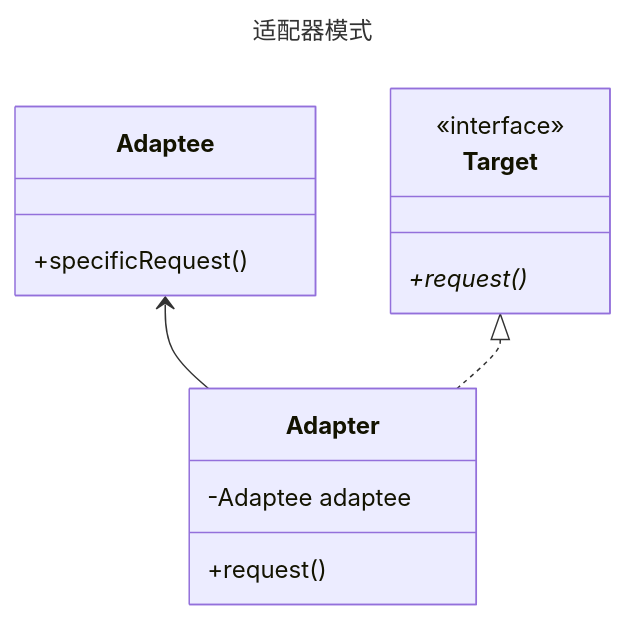
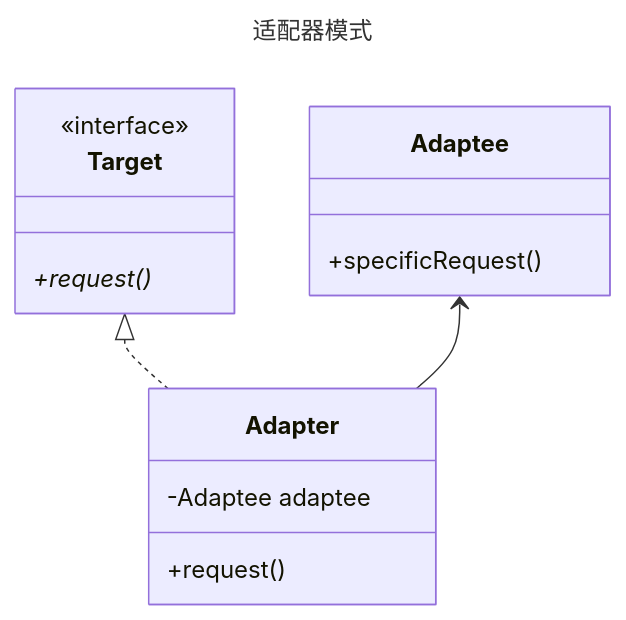
One commit to fengyun89/typescript-design-patterns changed the diagram in adapter/README.md. Above: the diagram before and after it, drawn with Mermaid. The commit also changed other lines of this file and 5 other files, not shown here.

````diff
--- a/adapter/README.md
+++ b/adapter/README.md
@@ -1,19 +1,19 @@
 ```mermaid
 ---
 title: 适配器模式
 ---
 classDiagram
     class Target {
         <<interface>>
         +request()*
     }
     class Adaptee {
         +specificRequest()
     }
     class Adapter {
         -Adaptee adaptee
         +request()
     }
+    Target <|.. Adapter
     Adaptee<-- Adapter
-    Target <|.. Adapter
 ```
````
